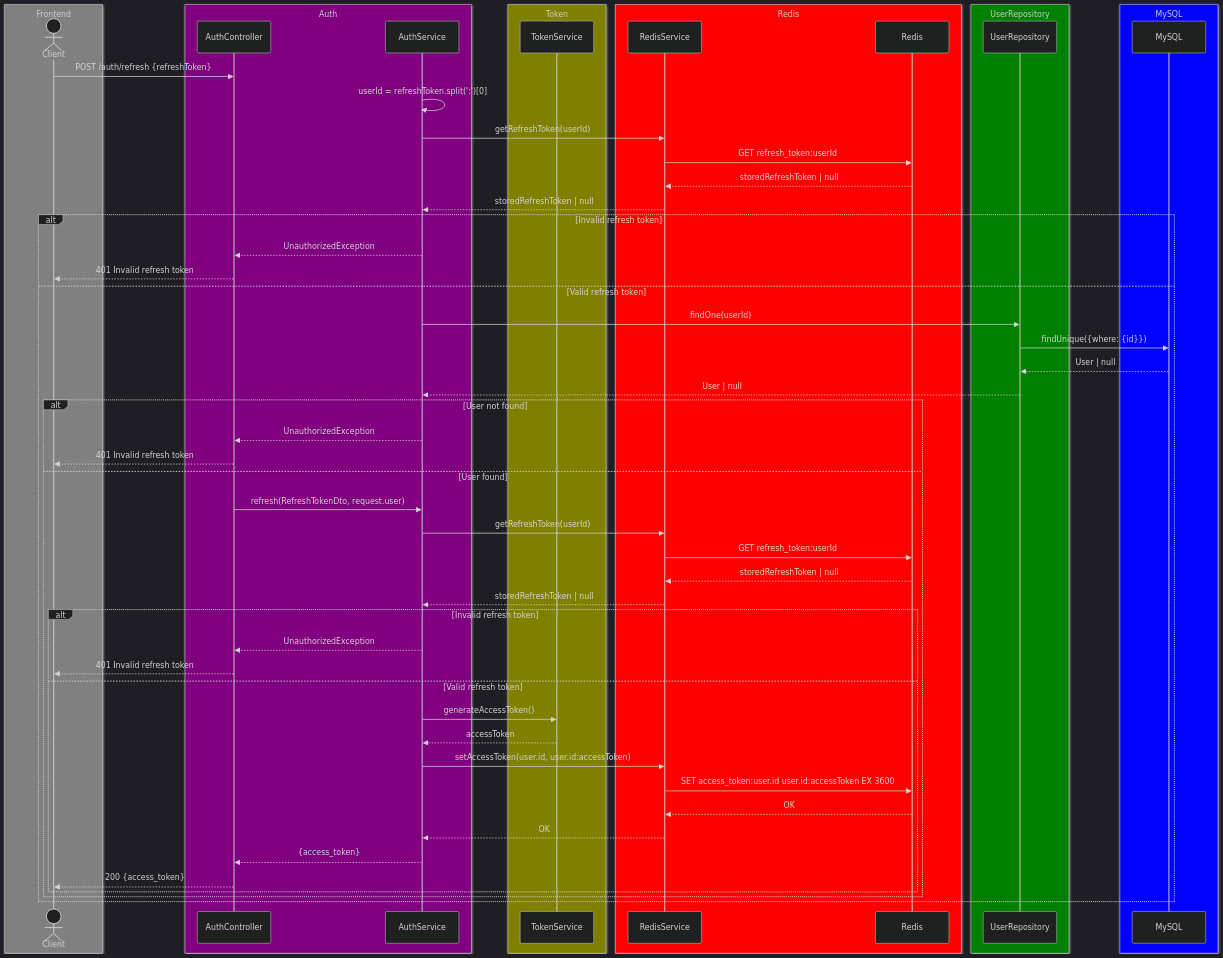
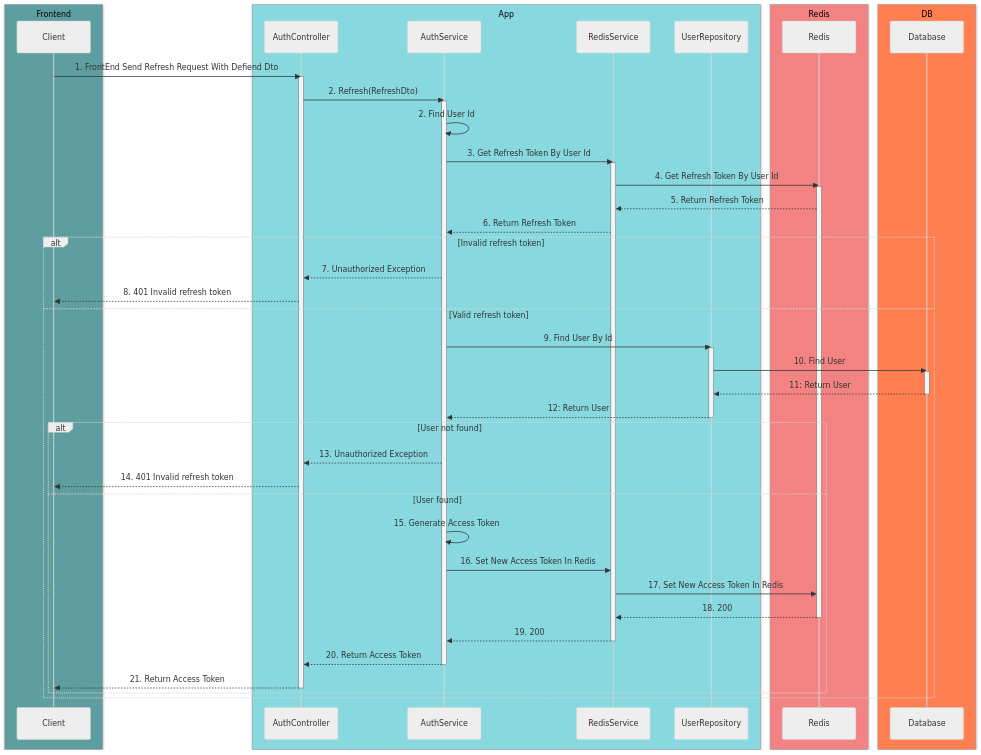
One commit to hamidehalaee/nestjs_ddd_skeleton changed the diagram in docs/auth/refresh-token.md. Above: the diagram before and after it, drawn with Mermaid. The commit also changed 12 other files, not shown here.

Commit message:
add: Log service update: sequence diagram: login, refresh token and register

````diff
--- a/docs/auth/refresh-token.md
+++ b/docs/auth/refresh-token.md
@@ -1,79 +1,73 @@
 ```mermaid
 ---
 config:
-  theme: 'dark'
+  theme: 'neutral'
   themeVariables:
-    primaryColor: '#BB2528'
-    primaryTextColor: '#fff'
-    primaryBorderColor: '#fff'
+    primaryColor: '#4f96e7ff'
+    primaryBorderColor: 'rgba(153, 188, 241, 1)'
     lineColor: '#F8B229'
     secondaryColor: '#006100'
-    tertiaryColor: '#fff'
+    tertiaryColor: '#ffffff60'
 ---
 sequenceDiagram
-  box Gray Frontend
-  actor Client
+box cadetblue Frontend
+    participant Client
   end
 
-  box Purple Auth
-  participant AuthController
-  participant AuthService
+  box rgba(135, 217, 223, 1) App
+    participant AuthController
+    participant AuthService
+    participant RedisService
+    participant UserRepo as UserRepository
   end
 
-  box Olive Token
-  participant TokenService
+  box rgba(243, 131, 131, 1) Redis
+    participant Redis
   end
 
-  box Red Redis
-  participant RedisService
-  participant Redis
-  end
-
-  box Green UserRepository
-  participant UserRepo as UserRepository
-  end
-
-  box Blue MySQL
-  participant MySQL
+  box coral DB
+    participant DB as Database
   end
 
 %% Refresh Flow with Validation
-  Client->>AuthController: POST /auth/refresh {refreshToken}
-  AuthService->> AuthService: userId = refreshToken.split(':')[0]
-  AuthService->>RedisService: getRefreshToken(userId)
-  RedisService->>Redis: GET refresh_token:userId
-  Redis-->>RedisService: storedRefreshToken | null
-  RedisService-->>AuthService: storedRefreshToken | null
+  Client->>AuthController: 1. FrontEnd Send Refresh Request With Defiend Dto
+  activate AuthController
+  AuthController->> AuthService: 2. Refresh(RefreshDto)
+  activate AuthService
+  AuthService->> AuthService: 2. Find User Id
+  AuthService->>RedisService: 3. Get Refresh Token By User Id
+  activate RedisService
+  RedisService->>Redis: 4. Get Refresh Token By User Id
+  activate Redis
+  Redis-->>RedisService: 5. Return Refresh Token
+  RedisService-->>AuthService: 6. Return Refresh Token
   alt Invalid refresh token
-    AuthService-->>AuthController: UnauthorizedException
-    AuthController-->>Client: 401 Invalid refresh token
+    AuthService-->>AuthController: 7. Unauthorized Exception
+    AuthController-->>Client: 8. 401 Invalid refresh token
   else Valid refresh token
-    AuthService->>UserRepo: findOne(userId)
-    UserRepo->>MySQL: findUnique({where: {id}})
-    MySQL-->>UserRepo: User | null
-    UserRepo-->>AuthService: User | null
+    AuthService->>UserRepo: 9. Find User By Id
+    activate UserRepo
+    UserRepo->>DB: 10. Find User
+    activate DB
+    DB-->>UserRepo: 11: Return User
+    deactivate DB
+    UserRepo-->>AuthService: 12: Return User
+    deactivate UserRepo
     alt User not found
-      AuthService-->>AuthController: UnauthorizedException
-      AuthController-->>Client: 401 Invalid refresh token
+      AuthService-->>AuthController: 13. Unauthorized Exception
+      AuthController-->>Client: 14. 401 Invalid refresh token
     else User found
-      AuthController->>AuthService: refresh(RefreshTokenDto, request.user)
-      AuthService->>RedisService: getRefreshToken(userId)
-      RedisService->>Redis: GET refresh_token:userId
-      Redis-->>RedisService: storedRefreshToken | null
-      RedisService-->>AuthService: storedRefreshToken | null
-      alt Invalid refresh token
-        AuthService-->>AuthController: UnauthorizedException
-        AuthController-->>Client: 401 Invalid refresh token
-      else Valid refresh token
-        AuthService->>TokenService: generateAccessToken()
-        TokenService-->>AuthService: accessToken
-        AuthService->>RedisService: setAccessToken(user.id, user.id:accessToken)
-        RedisService->>Redis: SET access_token:user.id user.id:accessToken EX 3600
-        Redis-->>RedisService: OK
-        RedisService-->>AuthService: OK
-        AuthService-->>AuthController: {access_token}
-        AuthController-->>Client: 200 {access_token}
-      end
+      AuthService->>AuthService: 15. Generate Access Token
+      AuthService->>RedisService: 16. Set New Access Token In Redis
+      RedisService->>Redis: 17. Set New Access Token In Redis
+      Redis-->>RedisService: 18. 200
+      deactivate Redis
+      RedisService-->>AuthService: 19. 200
+      deactivate RedisService
+      AuthService-->>AuthController: 20. Return Access Token
+      deactivate AuthService
+      AuthController-->>Client: 21. Return Access Token
+      deactivate AuthController
     end
   end
 ```
````
